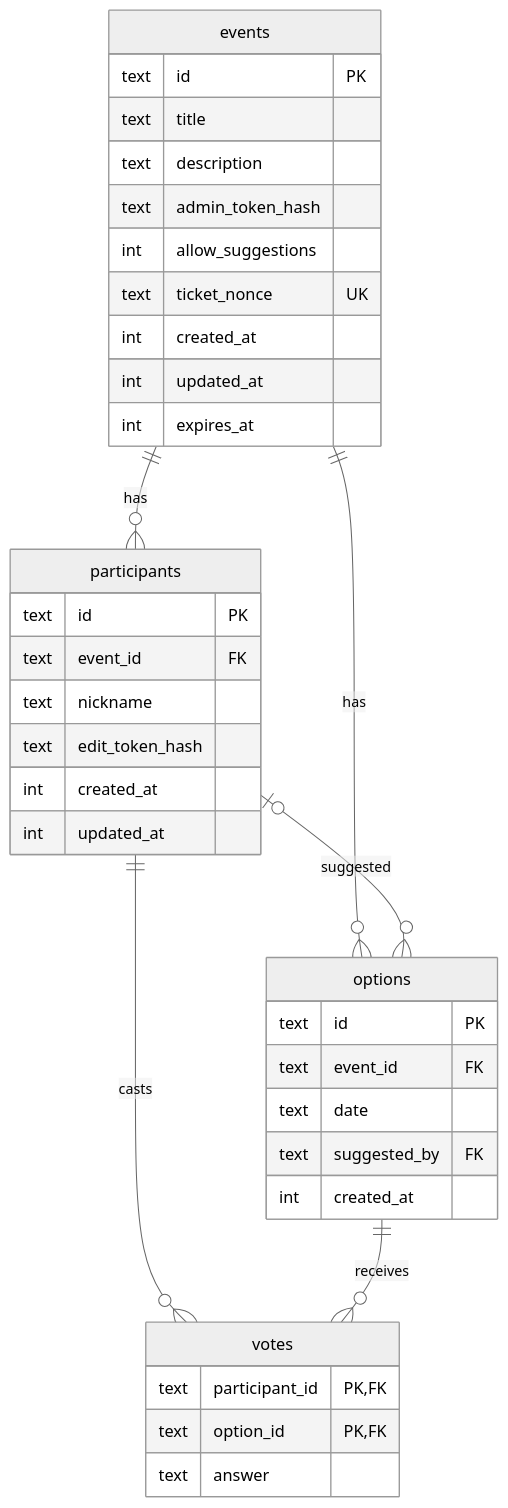
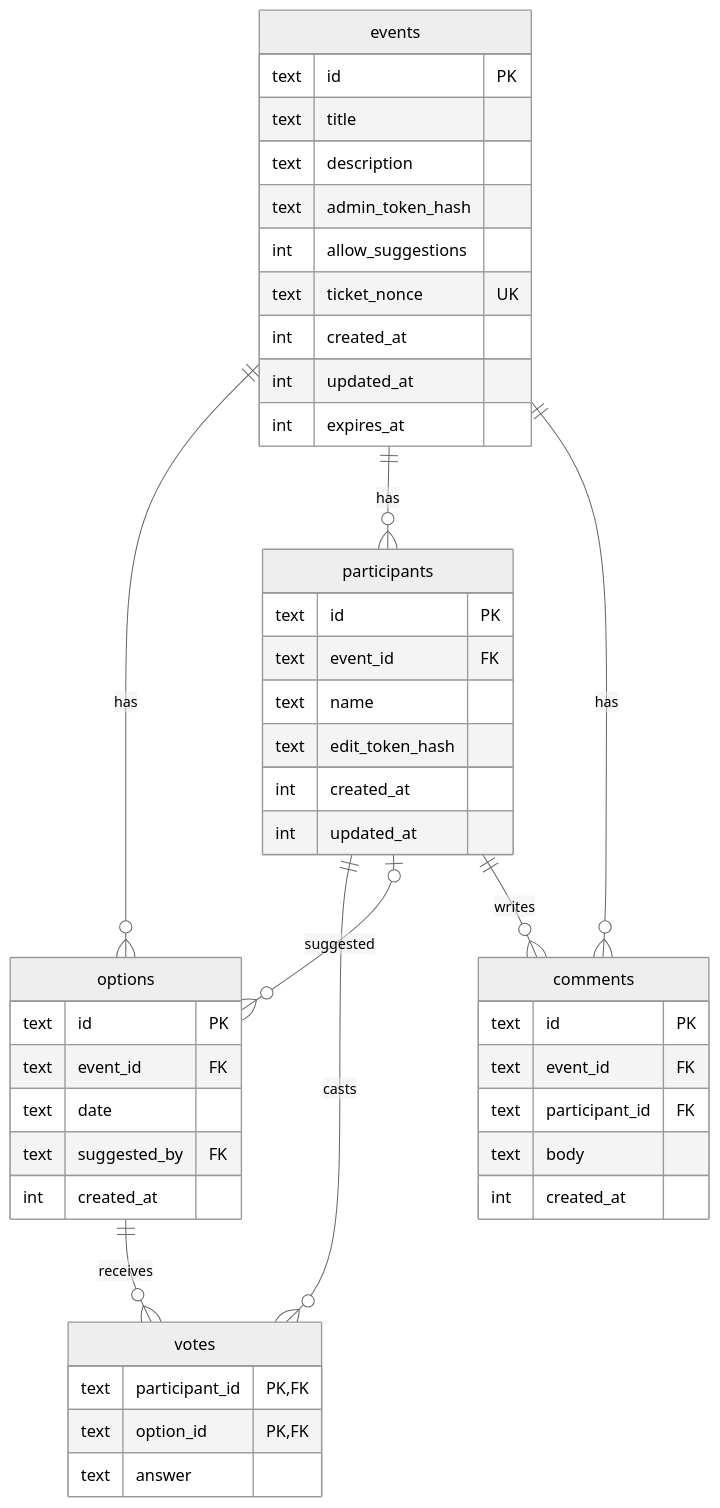
Before and after one commit to suomiton/pikadai: the diagram in docs/database.md, drawn with Mermaid (neutral theme). The commit also changed other lines of this file and 50 other files, not shown here.

First line of the commit message:
Comments under the same nickname, with the nickname asked before the dates (#7)

````diff
--- a/docs/database.md
+++ b/docs/database.md
@@ -12,40 +12,49 @@
 ```mermaid
 erDiagram
     events ||--o{ options : "has"
     events ||--o{ participants : "has"
     participants ||--o{ votes : "casts"
     options ||--o{ votes : "receives"
     participants |o--o{ options : "suggested"
+    events ||--o{ comments : "has"
+    participants ||--o{ comments : "writes"
 
     events {
         text id PK
         text title
         text description
         text admin_token_hash
         int  allow_suggestions
         text ticket_nonce UK
         int  created_at
         int  updated_at
         int  expires_at
     }
     options {
         text id PK
         text event_id FK
         text date
         text suggested_by FK
         int  created_at
     }
     participants {
         text id PK
         text event_id FK
-        text nickname
+        text name
         text edit_token_hash
         int  created_at
         int  updated_at
     }
     votes {
         text participant_id PK,FK
         text option_id PK,FK
         text answer
     }
+    comments {
+        text id PK
+        text event_id FK
+        text participant_id FK
+        text body
+        int  created_at
+    }
 ```
````
